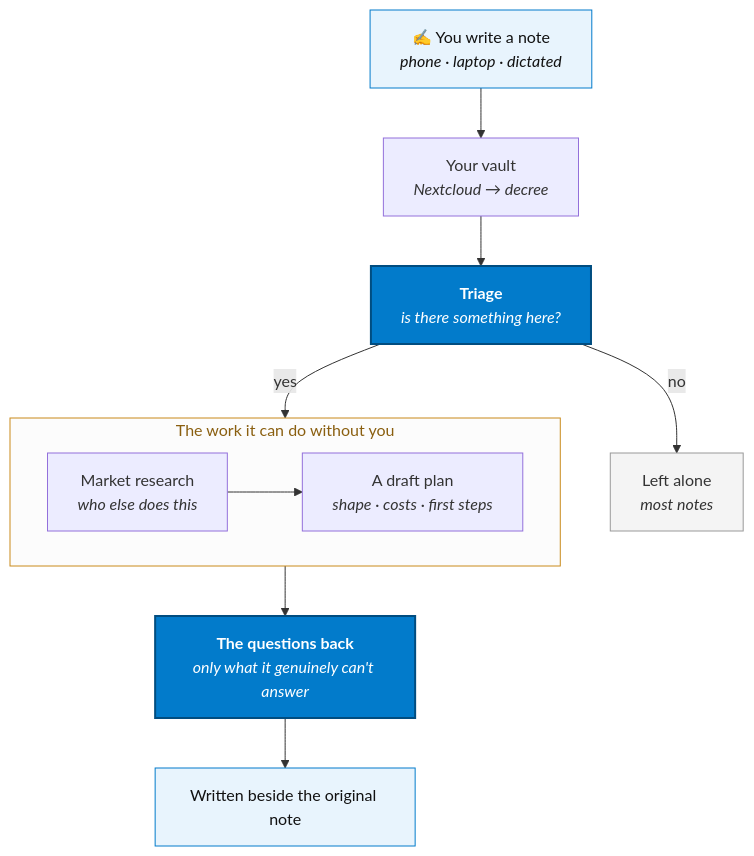
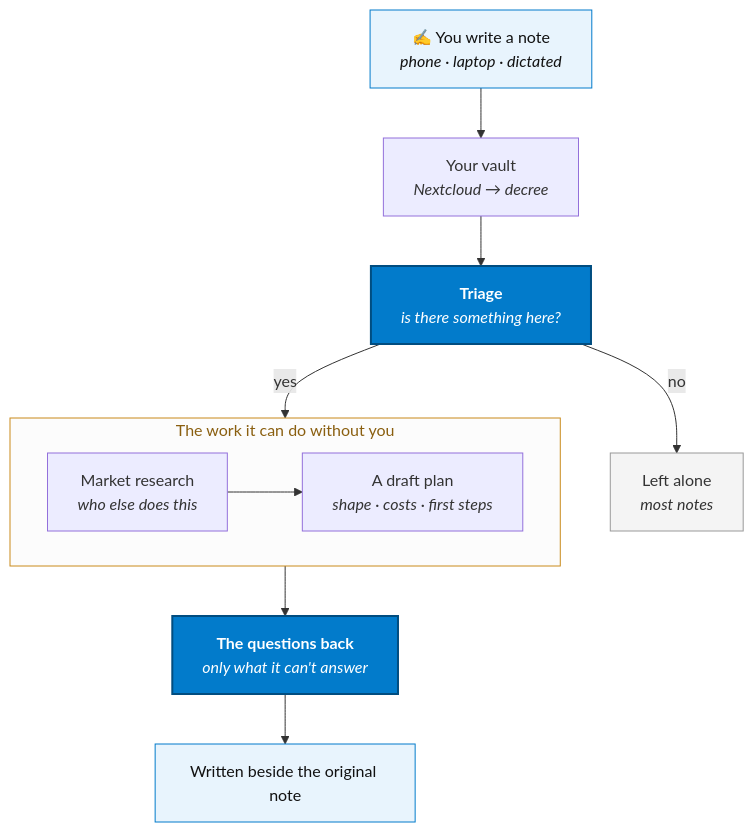
The diagram in site/docs/flows/note-to-action.md (jtmckay/existential), drawn with Mermaid before and after one commit. The commit also changed other lines of this file and 41 other files, not shown here.

````diff
--- a/site/docs/flows/note-to-action.md
+++ b/site/docs/flows/note-to-action.md
@@ -18,29 +12,29 @@
 ```mermaid
 flowchart TB
     write["✍️ You write a note<br/><i>phone · laptop · dictated</i>"]
     vault["Your vault<br/><i>Nextcloud → decree</i>"]
     triage["<b>Triage</b><br/><i>is there something here?</i>"]
     skip["Left alone<br/><i>most notes</i>"]
 
     subgraph work["The work it can do without you"]
         research["Market research<br/><i>who else does this</i>"]
         plan["A draft plan<br/><i>shape · costs · first steps</i>"]
         research --> plan
     end
 
-    ask["<b>The questions back</b><br/><i>only what it genuinely can't answer</i>"]
+    ask["<b>The questions back</b><br/><i>only what it can't answer</i>"]
     back["Written beside the original note"]
 
     write --> vault --> triage
     triage -->|"no"| skip
     triage -->|"yes"| work
     work --> ask --> back
 
     classDef you fill:#e8f4fd,stroke:#027bcb,color:#111
     classDef judge fill:#027bcb,stroke:#014d80,stroke-width:2px,color:#fff
     classDef quiet fill:#f4f4f4,stroke:#999,color:#333
     class write,back you
     class triage,ask judge
     class skip quiet
     style work fill:#fcfcfc,stroke:#c98a1b,stroke-width:1px,color:#8a5f10
 ```
````
